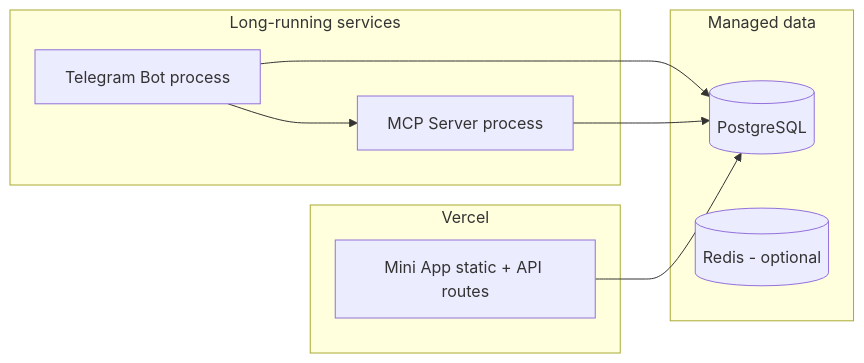
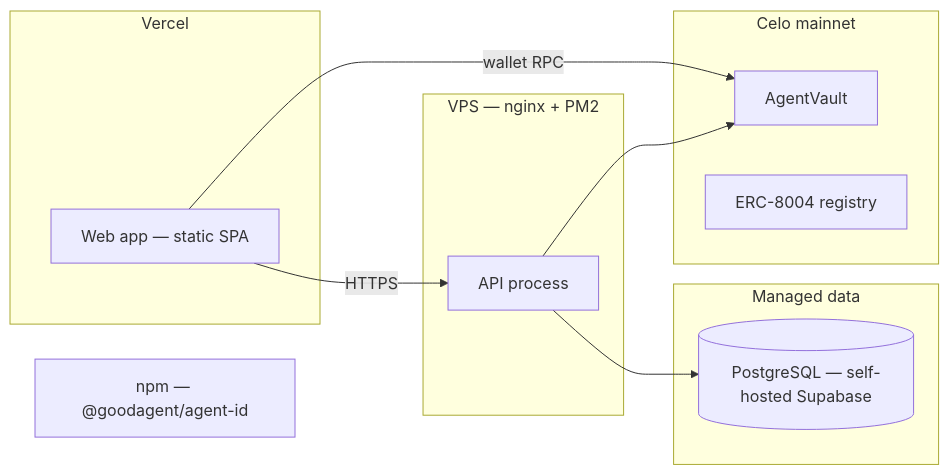
One commit to sam-thetutor/gooddollar-agent-id changed the fourth of 4 diagrams in docs/02-architecture.md. Above: the diagram before and after it, drawn with Mermaid. The commit also changed other lines of this file and 97 other files, not shown here.

First line of the commit message:
feat: GoodDollar Agent ID — deployed ERC-8004 IHumanProofProvider, required G$ bond, repo hygiene

````diff
--- a/docs/02-architecture.md
+++ b/docs/02-architecture.md
@@ -138,21 +110,22 @@
 ```mermaid
 flowchart LR
     subgraph vercel [Vercel]
-        MINI[Mini App static + API routes]
+        WEB[Web app — static SPA]
     end
+    subgraph vps [VPS — nginx + PM2]
+        API[API process]
+    end
+    subgraph managed [Managed data]
+        PG[(PostgreSQL — self-hosted Supabase)]
+    end
+    subgraph celo [Celo mainnet]
+        VAULT[AgentVault]
+        ERC[ERC-8004 registry]
+    end
+    npm[npm — @goodagent/agent-id]
 
-    subgraph compute [Long-running services]
-        BOT[Telegram Bot process]
-        MCP[MCP Server process]
-    end
-
-    subgraph managed [Managed data]
-        PG[(PostgreSQL)]
-        RD[(Redis - optional)]
-    end
-
-    BOT --> PG
-    MCP --> PG
-    MINI --> PG
-    BOT --> MCP
+    WEB -->|HTTPS| API
+    WEB -->|wallet RPC| VAULT
+    API --> PG
+    API --> VAULT
 ```
````
